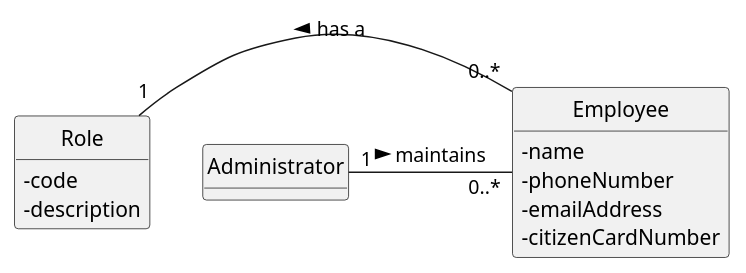
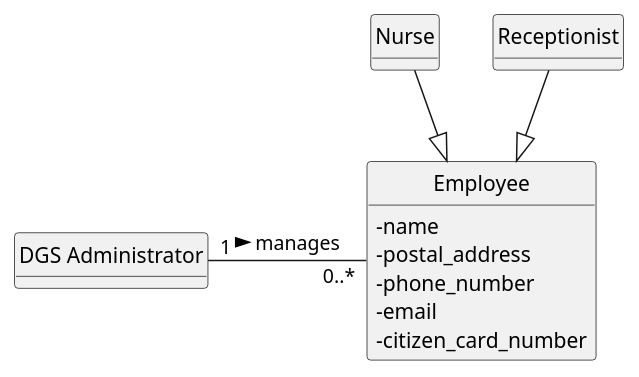
Before and after one commit to afonso51111/leti-esoft-25-26-A33: the diagram in project-template/docs/sprint2/US14/puml/US14-MD.puml, drawn with PlantUML. The commit also changed 8 other files, not shown here.

```diff
--- a/project-template/docs/sprint2/US14/puml/US14-MD.puml
+++ b/project-template/docs/sprint2/US14/puml/US14-MD.puml
@@ -1,26 +1,29 @@
 @startuml
-'https://plantuml-server.url.net/svg/
+'https://plantuml.com/class-diagram
 skinparam classAttributeIconSize 0
 hide circle
 hide methods
 
-class Administrator {
+class "DGS Administrator" {
 }
 
 class Employee {
     - name
-    - phoneNumber
-    - emailAddress
-    - citizenCardNumber
+    - postal_address
+    - phone_number
+    - email
+    - citizen_card_number
 }
 
-class Role {
-    - code
-    - description
+class Nurse {
 }
 
-Administrator "1" -right-- "0..*" Employee:  maintains >
+class Receptionist {
+}
 
-Employee "0..*" -left-- "1" Role:  has a >
+"DGS Administrator" "1" -right-- "0..*" Employee:  manages >
+
+Nurse --|> Employee
+Receptionist --|> Employee
 
 @enduml
```
